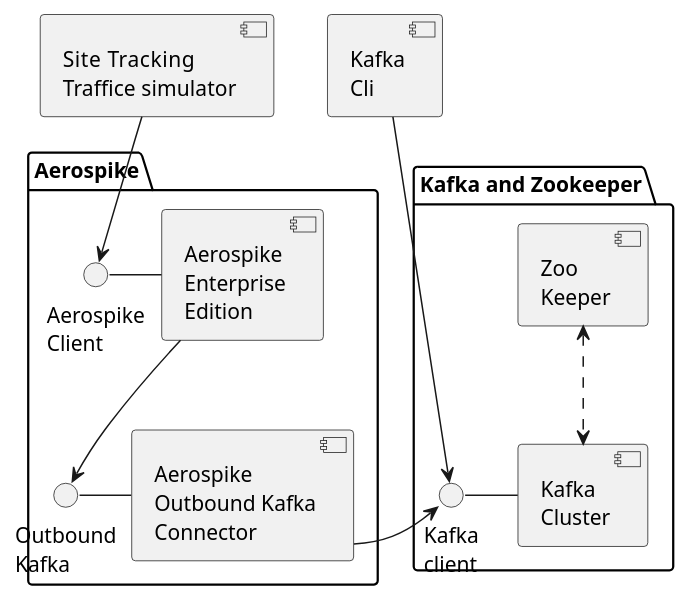
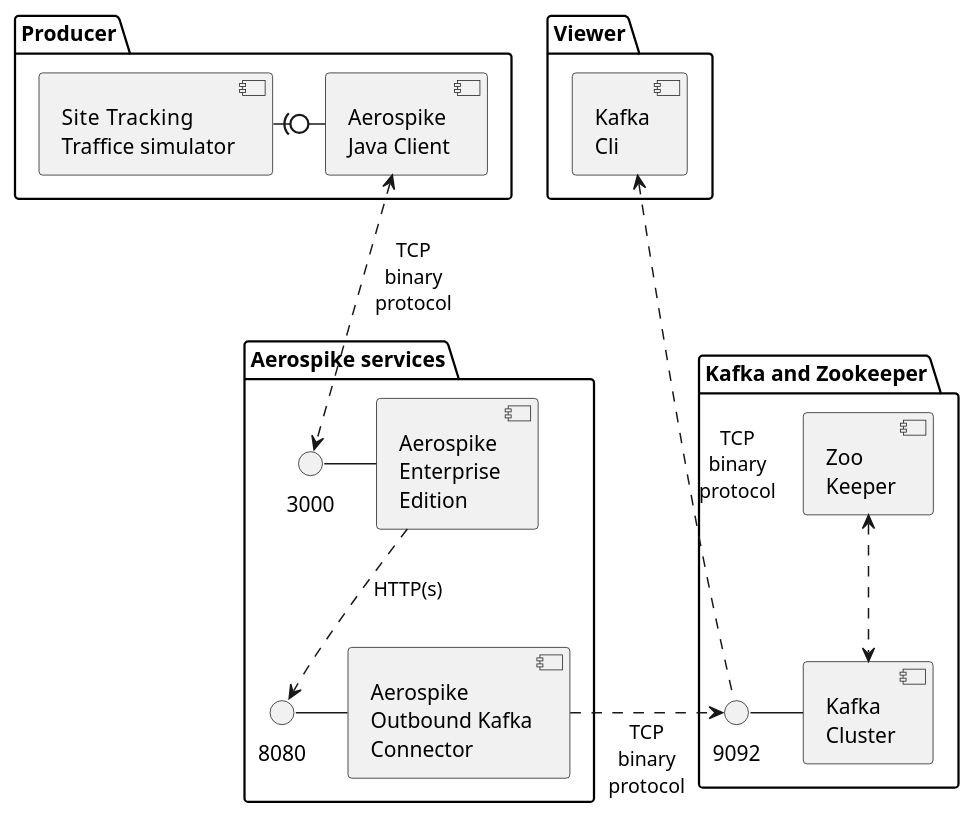
The diagram in assets/component-diagram.puml (helipilot50/aerospike-and-kafka), drawn with PlantUML before and after one commit. The commit also changed 1 other file, not shown here.

```diff
--- a/assets/component-diagram.puml
+++ b/assets/component-diagram.puml
@@ -1,34 +1,47 @@
 @startuml
 
-'left to right direction
+
+skinparam componentStyle uml2
+
 together {
-component [Kafka\nCli] as kafCli
-component [Site  Tracking\nTraffice simulator] as traffic
+    package "Viewer" {
+        component [Kafka\nCli] as kafCli
+    }
+
+    package "Producer" {
+        component [Site  Tracking\nTraffice simulator] as traffic
+        component "Aerospike\nJava Client" as asClient
+    }
 }
 
-package "Aerospike" {
-() "Aerospike\nClient" as asClient
-component [Aerospike\nEnterprise\nEdition] as asee
-asClient - asee
 
-() "Outbound\nKafka" as asOutbound
-component [Aerospike\nOutbound Kafka\nConnector] as asKafka
-asOutbound - asKafka
-}
-package "Kafka and Zookeeper" {
-() "Kafka\nclient" as kafClient
-component [Kafka\nCluster] as kafCluster
-kafClient - kafCluster
+package "Aerospike services" {
+    () "3000" as asSocket
+    component [Aerospike\nEnterprise\nEdition] as asee
+    asSocket - asee
 
-component [Zoo\nKeeper] as zookeeper
+
+    () "8080" as asOutbound
+    component [Aerospike\nOutbound Kafka\nConnector] as asKafka
+    asOutbound - asKafka
 }
 
-traffic --> asClient
+package "Kafka and Zookeeper" {
+    () "9092" as kafClient
+    component [Kafka\nCluster] as kafCluster
+    kafClient - kafCluster
 
-asee --> asOutbound
+    component [Zoo\nKeeper] as zookeeper
+}
+
+asClient <..> asSocket: TCP\nbinary\nprotocol
+traffic -r(0- asClient
+
+asee ..> asOutbound: HTTP(s)
 zookeeper <..> kafCluster
 
-asKafka -r-> kafClient
+asKafka .r.> kafClient: TCP\nbinary\nprotocol
 
-kafCli --> kafClient
+kafCli <.. kafClient: TCP\nbinary\nprotocol
+
 @enduml
```
